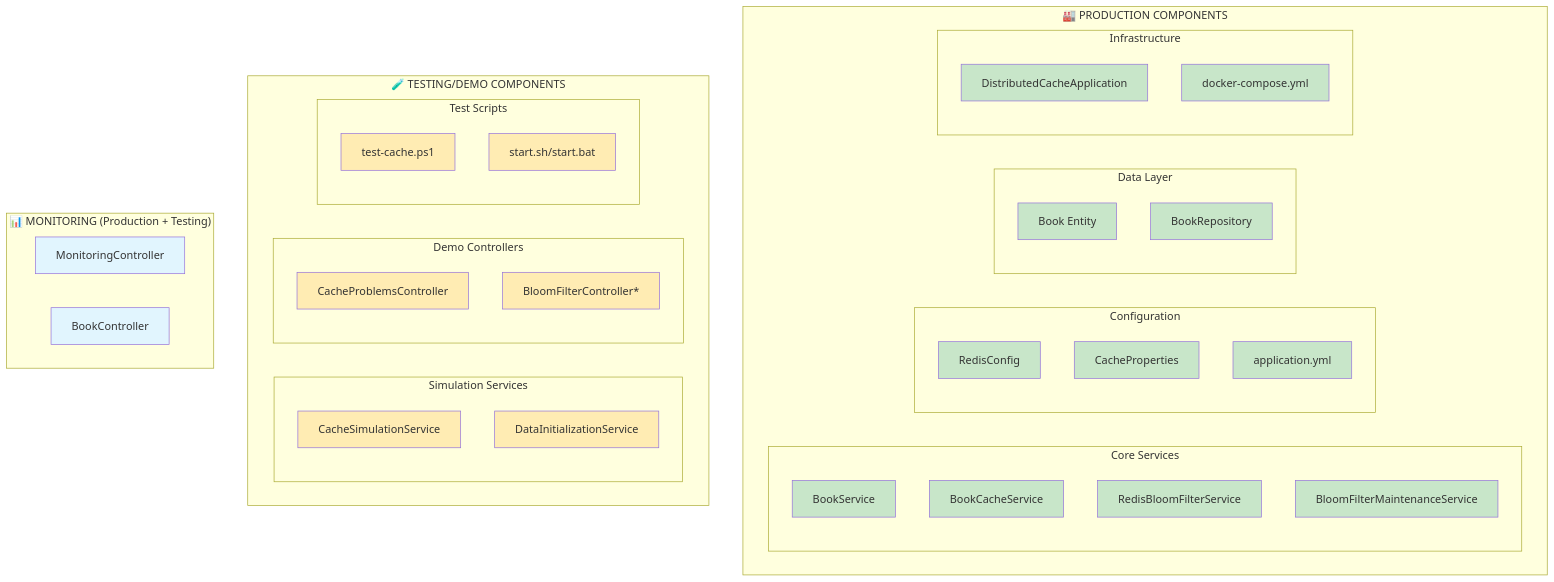
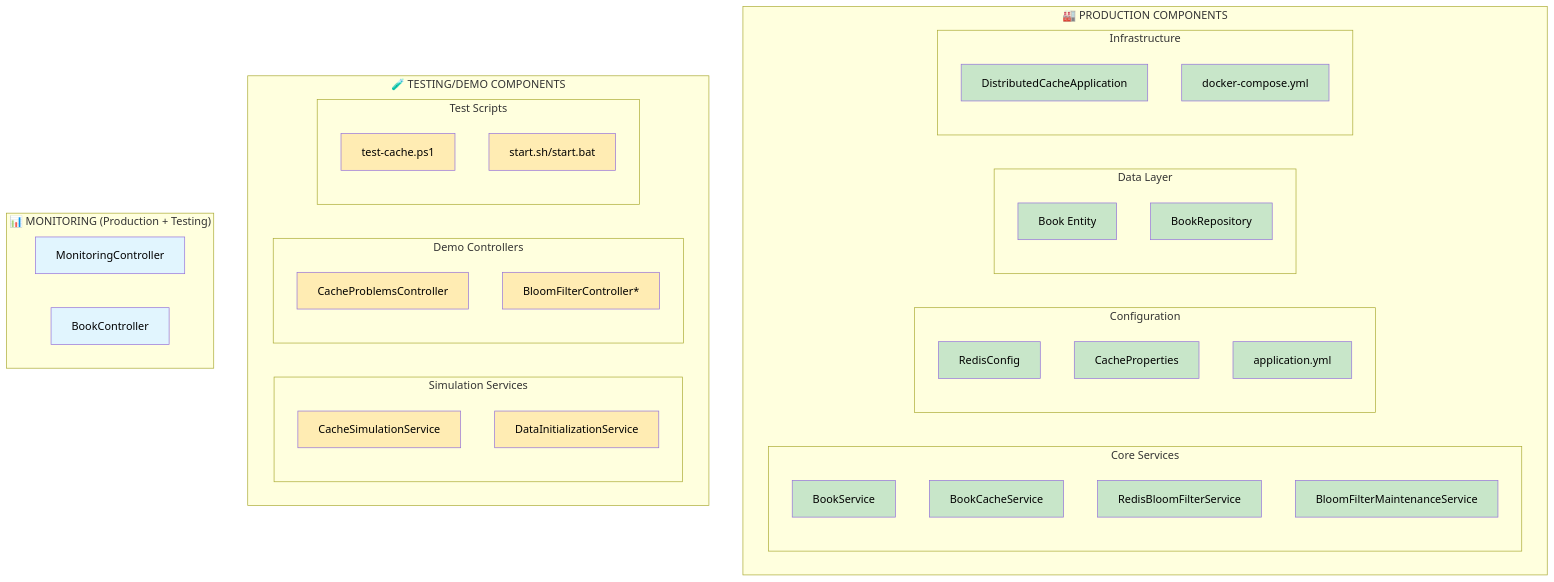
Before and after one commit to ali-v-1985/distributed-cache-practice: the diagram in README.md, drawn with Mermaid.

Commit message:
style: make text black in production vs demo components diagram
- Added color:#000000 to all Mermaid diagram node styles
- Ensures text is clearly readable as black on colored backgrounds
- Improves diagram accessibility and readability

````diff
--- a/README.md
+++ b/README.md
@@ -19,71 +19,71 @@
 ```mermaid
 graph TB
     subgraph "🏭 PRODUCTION COMPONENTS"
         subgraph "Core Services"
             A1[BookService]
             A2[BookCacheService]
             A3[RedisBloomFilterService]
             A4[BloomFilterMaintenanceService]
         end
         
         subgraph "Configuration"
             B1[RedisConfig]
             B2[CacheProperties]
             B3[application.yml]
         end
         
         subgraph "Data Layer"
             C1[Book Entity]
             C2[BookRepository]
         end
         
         subgraph "Infrastructure"
             D1[DistributedCacheApplication]
             D2[docker-compose.yml]
         end
     end
     
     subgraph "🧪 TESTING/DEMO COMPONENTS"
         subgraph "Simulation Services"
             E1[CacheSimulationService]
             E2[DataInitializationService]
         end
         
         subgraph "Demo Controllers"
             F1[CacheProblemsController]
             F2[BloomFilterController*]
         end
         
         subgraph "Test Scripts"
             G1[test-cache.ps1]
             G2[start.sh/start.bat]
         end
     end
     
     subgraph "📊 MONITORING (Production + Testing)"
         H1[MonitoringController]
         H2[BookController]
     end
     
-    style A1 fill:#c8e6c9
-    style A2 fill:#c8e6c9
-    style A3 fill:#c8e6c9
-    style A4 fill:#c8e6c9
-    style B1 fill:#c8e6c9
-    style B2 fill:#c8e6c9
-    style B3 fill:#c8e6c9
-    style C1 fill:#c8e6c9
-    style C2 fill:#c8e6c9
-    style D1 fill:#c8e6c9
-    style D2 fill:#c8e6c9
+    style A1 fill:#c8e6c9,color:#000000
+    style A2 fill:#c8e6c9,color:#000000
+    style A3 fill:#c8e6c9,color:#000000
+    style A4 fill:#c8e6c9,color:#000000
+    style B1 fill:#c8e6c9,color:#000000
+    style B2 fill:#c8e6c9,color:#000000
+    style B3 fill:#c8e6c9,color:#000000
+    style C1 fill:#c8e6c9,color:#000000
+    style C2 fill:#c8e6c9,color:#000000
+    style D1 fill:#c8e6c9,color:#000000
+    style D2 fill:#c8e6c9,color:#000000
     
-    style E1 fill:#ffecb3
-    style E2 fill:#ffecb3
-    style F1 fill:#ffecb3
-    style F2 fill:#ffecb3
-    style G1 fill:#ffecb3
-    style G2 fill:#ffecb3
+    style E1 fill:#ffecb3,color:#000000
+    style E2 fill:#ffecb3,color:#000000
+    style F1 fill:#ffecb3,color:#000000
+    style F2 fill:#ffecb3,color:#000000
+    style G1 fill:#ffecb3,color:#000000
+    style G2 fill:#ffecb3,color:#000000
     
-    style H1 fill:#e1f5fe
-    style H2 fill:#e1f5fe
+    style H1 fill:#e1f5fe,color:#000000
+    style H2 fill:#e1f5fe,color:#000000
 ```
````
